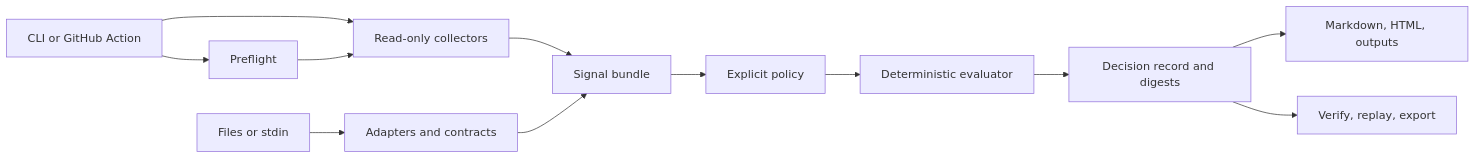
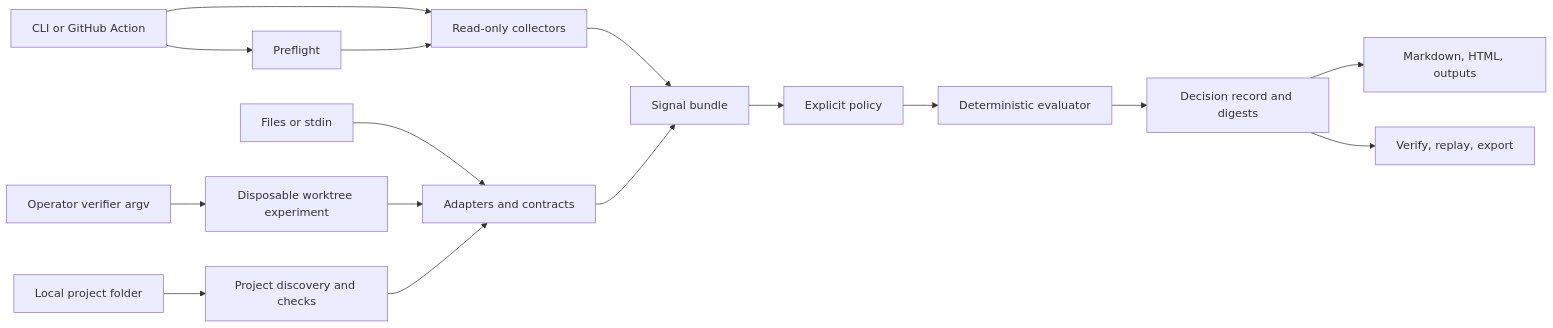
Before and after one commit to RafineriaAI/aos-workflow-gate: the diagram in docs/ARCHITECTURE.md, drawn with Mermaid. The commit also changed other lines of this file and 53 other files, not shown here.

First line of the commit message:
Add zero-configuration local project verification

````diff
--- a/docs/ARCHITECTURE.md
+++ b/docs/ARCHITECTURE.md
@@ -23,14 +23,18 @@
 ```mermaid
 flowchart LR
   A[CLI or GitHub Action] --> B[Preflight]
   A --> C[Read-only collectors]
   D[Files or stdin] --> E[Adapters and contracts]
+  L[Operator verifier argv] --> M[Disposable worktree experiment]
+  M --> E
+  N[Local project folder] --> O[Project discovery and checks]
+  O --> E
   B --> C
   C --> F[Signal bundle]
   E --> F
   F --> G[Explicit policy]
   G --> H[Deterministic evaluator]
   H --> I[Decision record and digests]
   I --> J[Markdown, HTML, outputs]
   I --> K[Verify, replay, export]
 ```
````
